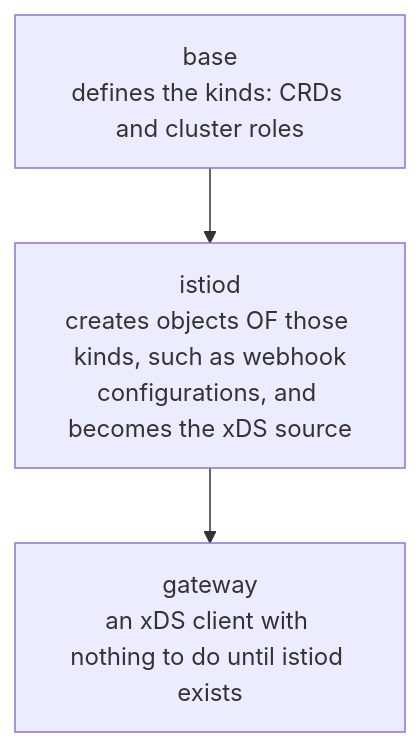
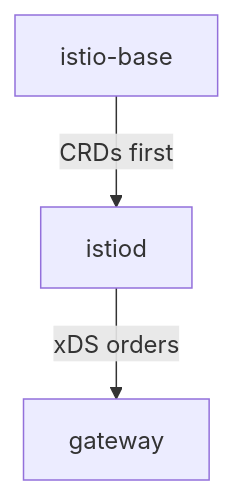
Before and after one commit to astrona-io/ATS013: the diagram in sections/section-010/module-02/course-01-chart-model-and-ordering.md, drawn with Mermaid. The commit also changed other lines of this file and 24 other files, not shown here.

````diff
--- a/sections/section-010/module-02/course-01-chart-model-and-ordering.md
+++ b/sections/section-010/module-02/course-01-chart-model-and-ordering.md
@@ -68,5 +79,5 @@
 ```mermaid
-flowchart TD
-    B["base<br/>defines the kinds: CRDs and cluster roles"] --> I["istiod<br/>creates objects OF those kinds, such as webhook<br/>configurations, and becomes the xDS source"]
-    I --> G["gateway<br/>an xDS client with nothing to do until istiod exists"]
+flowchart TB
+    B["istio-base"] -->|"CRDs first"| I["istiod"]
+    I -->|"xDS orders"| G["gateway"]
 ```
````
